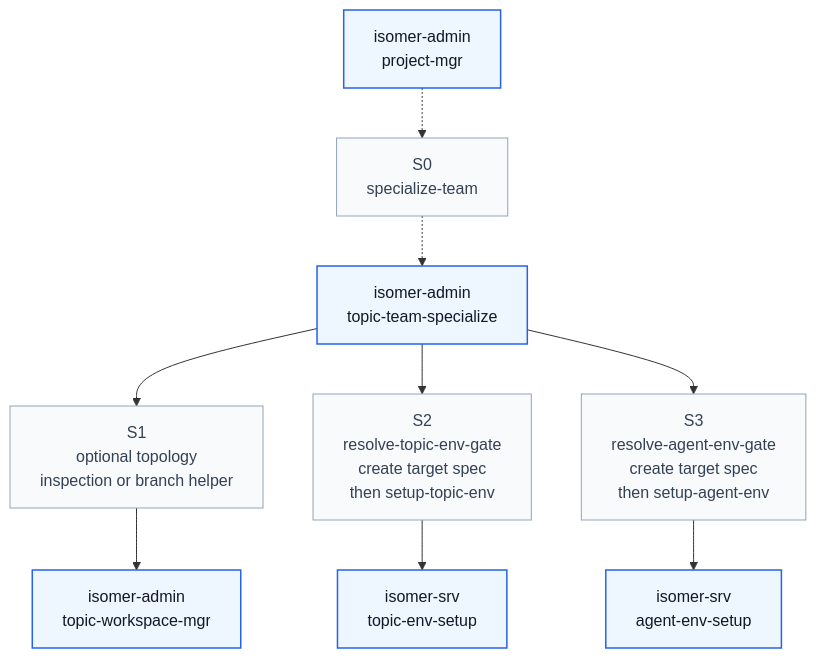
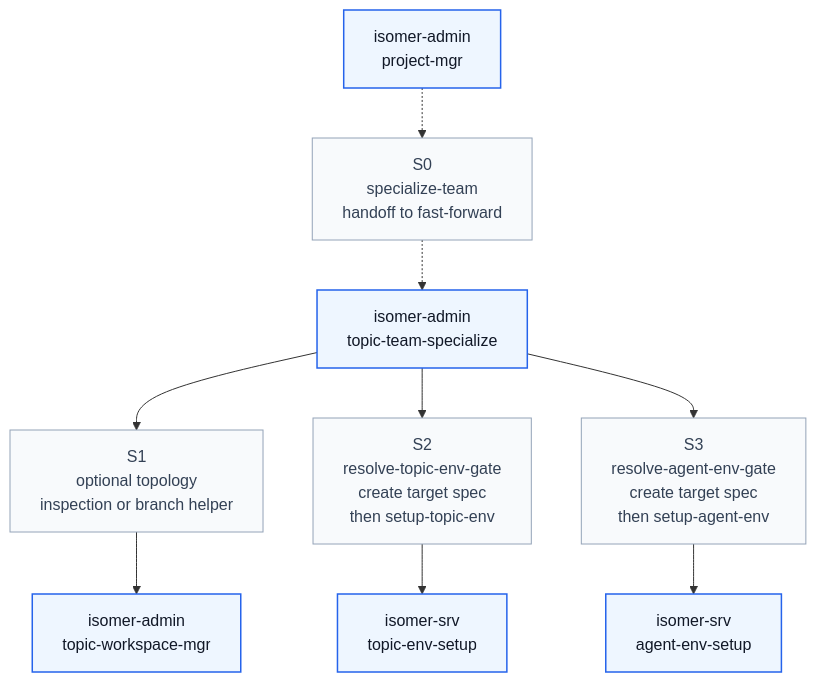
Before and after one commit to CodeGandee/isomer-labs: the second of 2 diagrams in context/design/skill-process/team-specialization.md, drawn with Mermaid. The commit also changed other lines of this file and 19 other files, not shown here.

Commit message:
docs: route team specialization through fast-forward

````diff
--- a/context/design/skill-process/team-specialization.md
+++ b/context/design/skill-process/team-specialization.md
@@ -60,21 +60,21 @@
 ```mermaid
 flowchart TD
     classDef skill fill:#eef6ff,stroke:#2563eb,stroke-width:1.5px,color:#111827
     classDef route fill:#f8fafc,stroke:#94a3b8,stroke-width:1px,color:#334155
 
     PM["isomer-admin<br/>project-mgr"]:::skill
     TTS["isomer-admin<br/>topic-team-specialize"]:::skill
     TWM["isomer-admin<br/>topic-workspace-mgr"]:::skill
     TENV["isomer-srv<br/>topic-env-setup"]:::skill
     AENV["isomer-srv<br/>agent-env-setup"]:::skill
 
-    S0["S0<br/>specialize-team"]:::route
+    S0["S0<br/>specialize-team<br/>handoff to fast-forward"]:::route
     S1["S1<br/>optional topology<br/>inspection or branch helper"]:::route
     S2["S2<br/>resolve-topic-env-gate<br/>create target spec<br/>then setup-topic-env"]:::route
     S3["S3<br/>resolve-agent-env-gate<br/>create target spec<br/>then setup-agent-env"]:::route
 
     PM -.-> S0 -.-> TTS
     TTS --> S1 --> TWM
     TTS --> S2 --> TENV
     TTS --> S3 --> AENV
 ```
````
